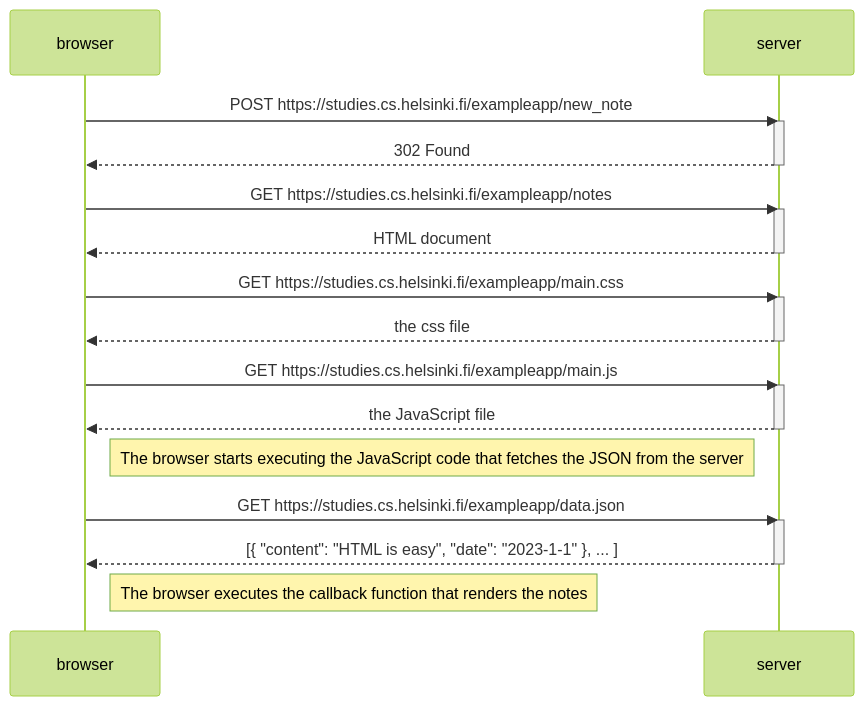
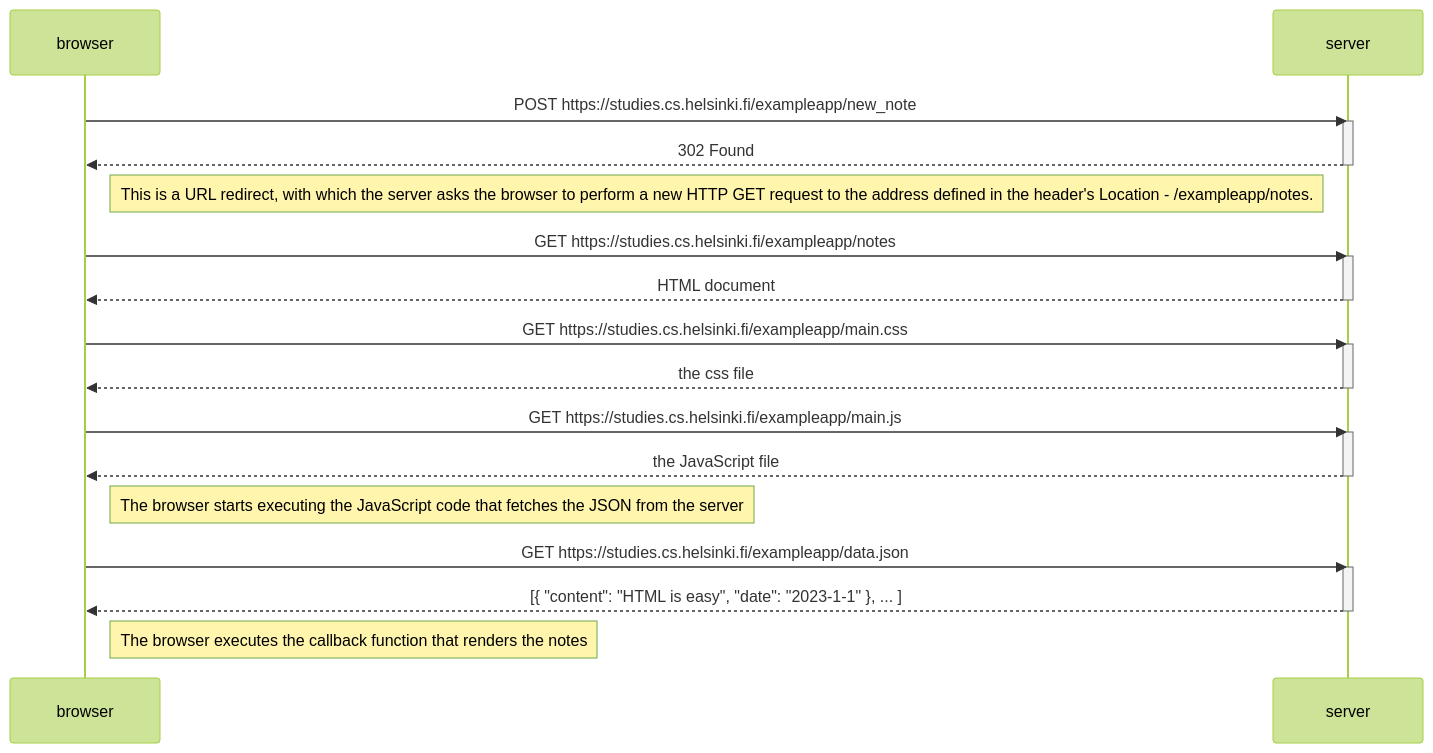
One commit to shurikoi/fs-course changed the diagram in part0/diagram.md. Above: the diagram before and after it, drawn with Mermaid (forest theme).

````diff
--- a/part0/diagram.md
+++ b/part0/diagram.md
@@ -1,34 +1,36 @@
 ```mermaid
 sequenceDiagram
     participant browser
     participant server
 
     browser->>server: POST https://studies.cs.helsinki.fi/exampleapp/new_note
     activate server
     server-->>browser: 302 Found
     deactivate server
+
+    Note right of browser: This is a URL redirect, with which the server asks the browser to perform a new HTTP GET request to the address defined in the header's Location - /exampleapp/notes.
 
     browser->>server: GET https://studies.cs.helsinki.fi/exampleapp/notes
     activate server
     server-->>browser: HTML document
     deactivate server
 
     browser->>server: GET https://studies.cs.helsinki.fi/exampleapp/main.css
     activate server
     server-->>browser: the css file
     deactivate server
 
     browser->>server: GET https://studies.cs.helsinki.fi/exampleapp/main.js
     activate server
     server-->>browser: the JavaScript file
     deactivate server
 
     Note right of browser: The browser starts executing the JavaScript code that fetches the JSON from the server
 
     browser->>server: GET https://studies.cs.helsinki.fi/exampleapp/data.json
     activate server
     server-->>browser: [{ "content": "HTML is easy", "date": "2023-1-1" }, ... ]
     deactivate server
 
     Note right of browser: The browser executes the callback function that renders the notes
 ```
````
